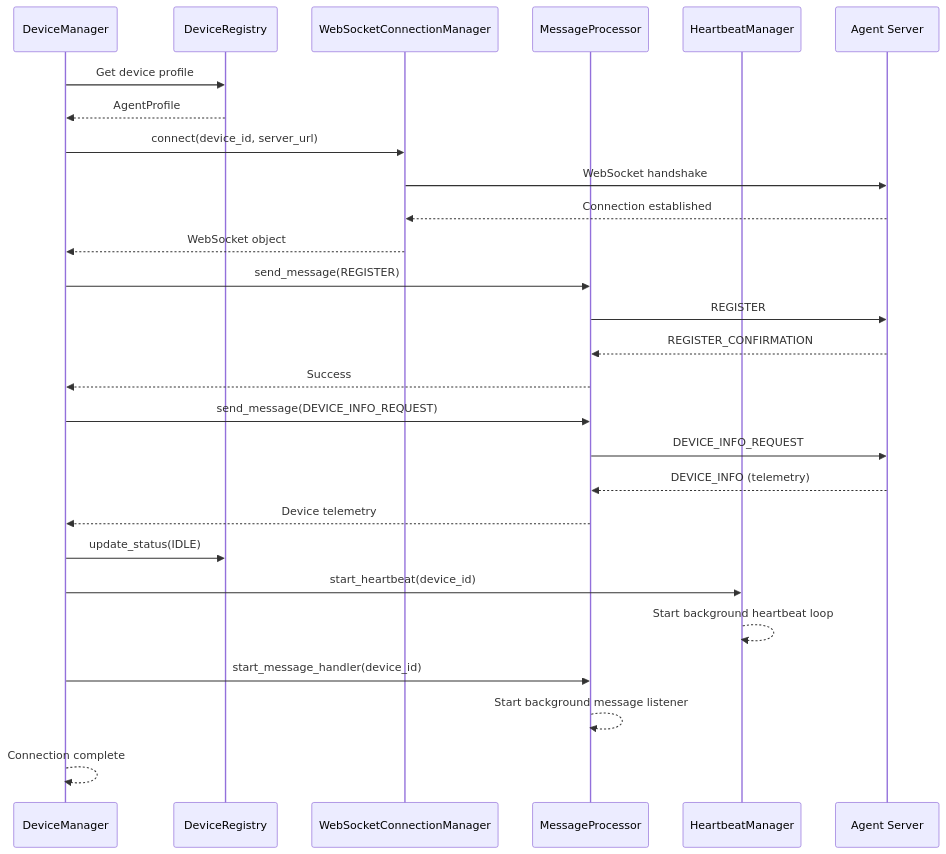
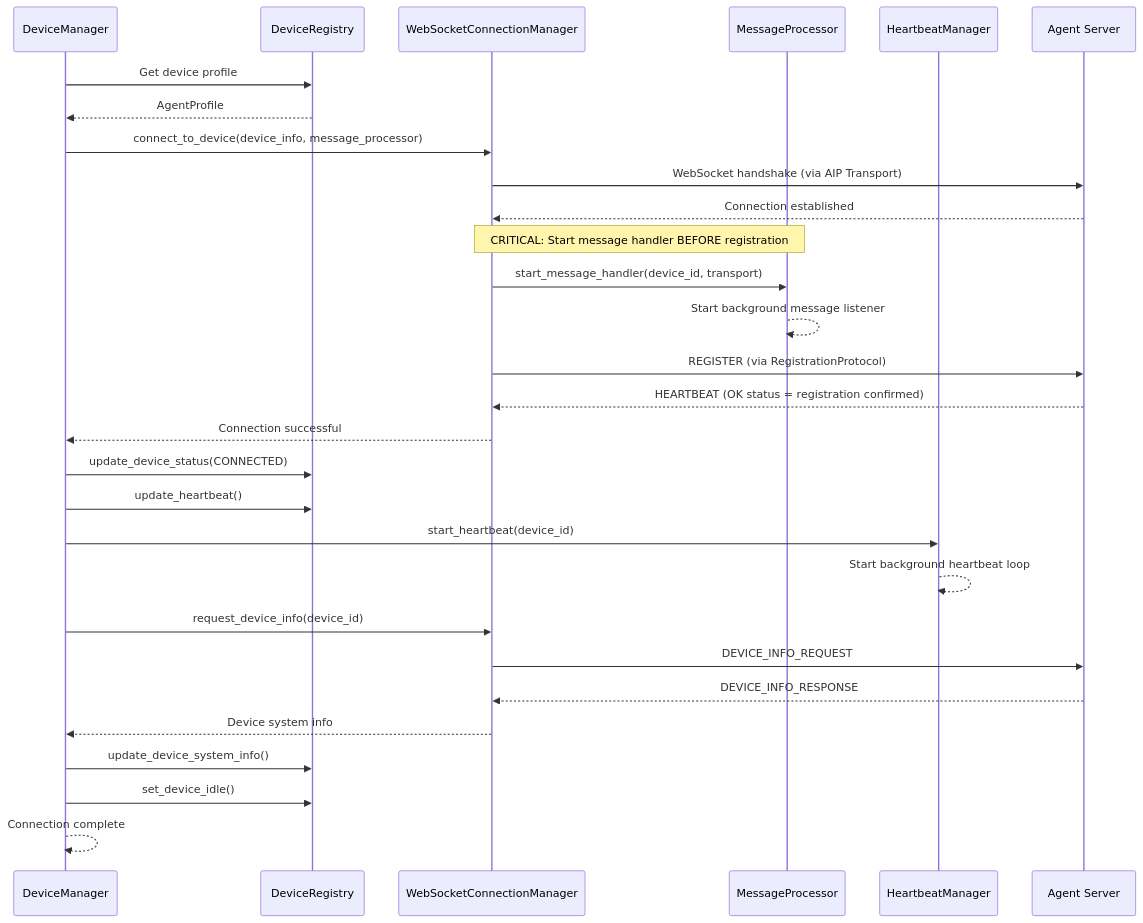
Before and after one commit to microsoft/UFO: the first of 3 diagrams in documents/docs/galaxy/client/device_manager.md, drawn with Mermaid. The commit also changed other lines of this file and 5 other files, not shown here.

````diff
--- a/documents/docs/galaxy/client/device_manager.md
+++ b/documents/docs/galaxy/client/device_manager.md
@@ -315,37 +274,40 @@
 ```mermaid
 sequenceDiagram
     participant DM as DeviceManager
     participant DR as DeviceRegistry
     participant WSM as WebSocketConnectionManager
     participant MP as MessageProcessor
     participant HM as HeartbeatManager
     participant Server as Agent Server
     
     DM->>DR: Get device profile
     DR-->>DM: AgentProfile
     
-    DM->>WSM: connect(device_id, server_url)
-    WSM->>Server: WebSocket handshake
+    DM->>WSM: connect_to_device(device_info, message_processor)
+    WSM->>Server: WebSocket handshake (via AIP Transport)
     Server-->>WSM: Connection established
-    WSM-->>DM: WebSocket object
     
-    DM->>MP: send_message(REGISTER)
-    MP->>Server: REGISTER
-    Server-->>MP: REGISTER_CONFIRMATION
-    MP-->>DM: Success
+    Note over WSM,MP: CRITICAL: Start message handler BEFORE registration
+    WSM->>MP: start_message_handler(device_id, transport)
+    MP-->>MP: Start background message listener
     
-    DM->>MP: send_message(DEVICE_INFO_REQUEST)
-    MP->>Server: DEVICE_INFO_REQUEST
-    Server-->>MP: DEVICE_INFO (telemetry)
-    MP-->>DM: Device telemetry
+    WSM->>Server: REGISTER (via RegistrationProtocol)
+    Server-->>WSM: HEARTBEAT (OK status = registration confirmed)
+    WSM-->>DM: Connection successful
     
-    DM->>DR: update_status(IDLE)
+    DM->>DR: update_device_status(CONNECTED)
+    DM->>DR: update_heartbeat()
     
     DM->>HM: start_heartbeat(device_id)
     HM-->>HM: Start background heartbeat loop
     
-    DM->>MP: start_message_handler(device_id)
-    MP-->>MP: Start background message listener
+    DM->>WSM: request_device_info(device_id)
+    WSM->>Server: DEVICE_INFO_REQUEST
+    Server-->>WSM: DEVICE_INFO_RESPONSE
+    WSM-->>DM: Device system info
+    
+    DM->>DR: update_device_system_info()
+    DM->>DR: set_device_idle()
     
     DM-->>DM: Connection complete
 ```
````
